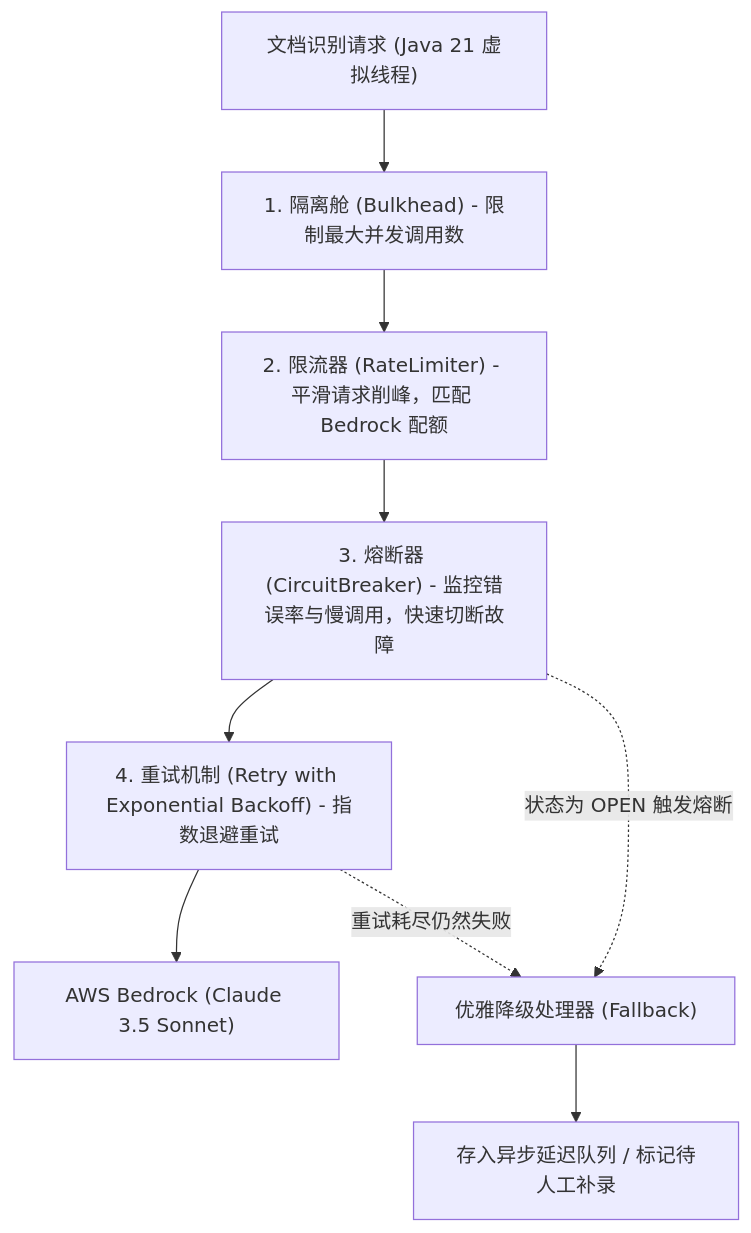
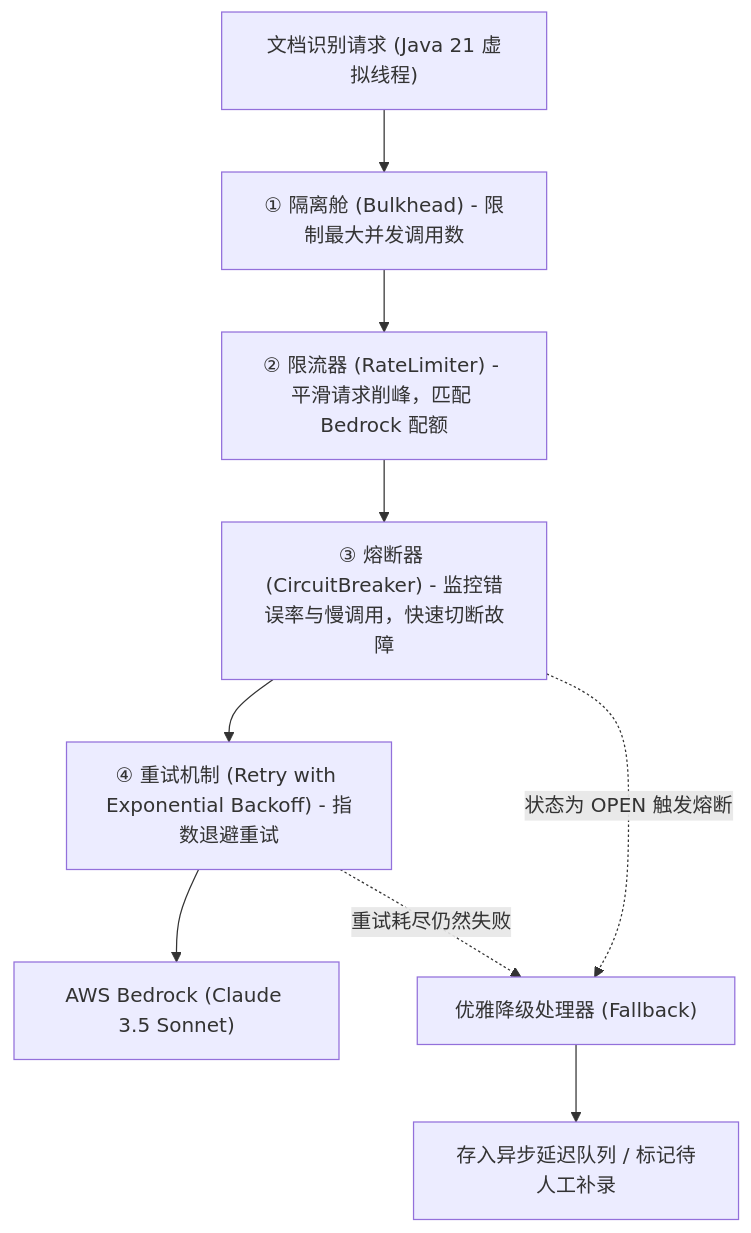
The first of 3 diagrams in source/blog-web/src/posts/series/enterprise-ai-ocr/enterprise-ai-ocr-part-6-resilience4j-cloud-iac.md (xyfu66/BlogWeb), drawn with Mermaid before and after one commit. The commit also changed other lines of this file and 4 other files, not shown here.

Commit message:
fix: cursor中图表渲染问题

````diff
--- a/source/blog-web/src/posts/series/enterprise-ai-ocr/enterprise-ai-ocr-part-6-resilience4j-cloud-iac.md
+++ b/source/blog-web/src/posts/series/enterprise-ai-ocr/enterprise-ai-ocr-part-6-resilience4j-cloud-iac.md
@@ -24,12 +24,12 @@
 ```mermaid
 flowchart TD
-    Request["文档识别请求 (Java 21 虚拟线程)"] --> Bulkhead["1. 隔离舱 (Bulkhead) - 限制最大并发调用数"]
-    Bulkhead --> RateLimiter["2. 限流器 (RateLimiter) - 平滑请求削峰，匹配 Bedrock 配额"]
-    RateLimiter --> CircuitBreaker["3. 熔断器 (CircuitBreaker) - 监控错误率与慢调用，快速切断故障"]
-    CircuitBreaker --> Retry["4. 重试机制 (Retry with Exponential Backoff) - 指数退避重试"]
+    Request["文档识别请求 (Java 21 虚拟线程)"] --> Bulkhead["① 隔离舱 (Bulkhead) - 限制最大并发调用数"]
+    Bulkhead --> RateLimiter["② 限流器 (RateLimiter) - 平滑请求削峰，匹配 Bedrock 配额"]
+    RateLimiter --> CircuitBreaker["③ 熔断器 (CircuitBreaker) - 监控错误率与慢调用，快速切断故障"]
+    CircuitBreaker --> Retry["④ 重试机制 (Retry with Exponential Backoff) - 指数退避重试"]
     Retry --> BedrockAPI["AWS Bedrock (Claude 3.5 Sonnet)"]
     
-    CircuitBreaker -.->|状态为 OPEN 触发熔断| Fallback["优雅降级处理器 (Fallback)"]
-    Retry -.->|重试耗尽仍然失败| Fallback
+    CircuitBreaker -.->|"状态为 OPEN 触发熔断"| Fallback["优雅降级处理器 (Fallback)"]
+    Retry -.->|"重试耗尽仍然失败"| Fallback
     Fallback --> DLQ["存入异步延迟队列 / 标记待人工补录"]
 ```
````
